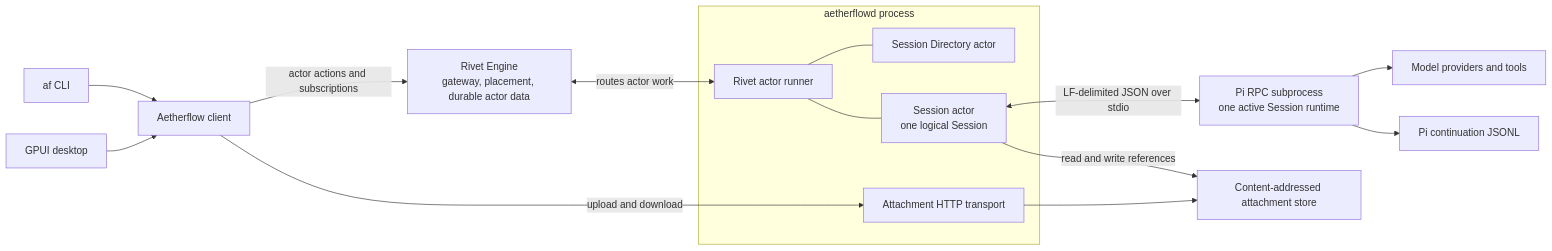
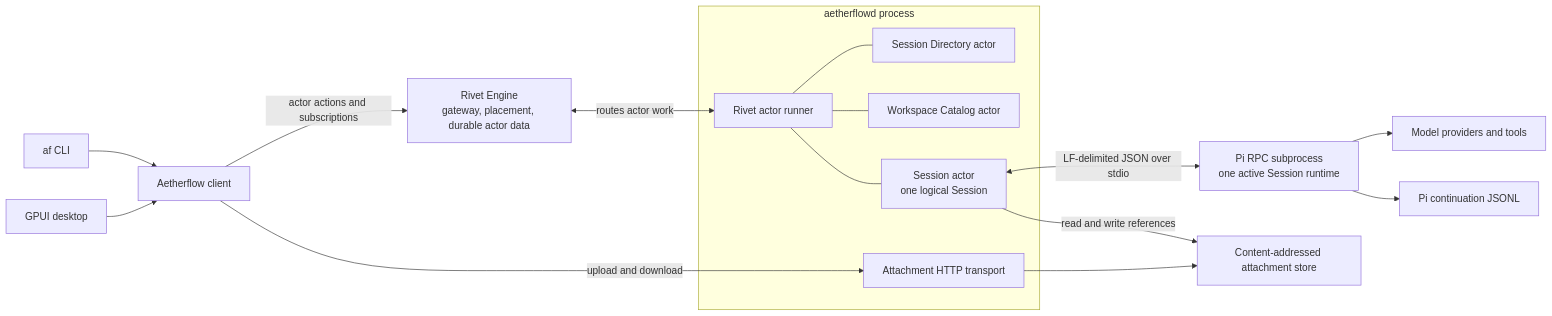
Before and after one commit to baiirun/aetherflow: the first of 2 diagrams in docs/architecture/README.md, drawn with Mermaid. The commit also changed other lines of this file and 26 other files, not shown here.

First line of the commit message:
feat(workspaces): add named multi-directory session contexts

````diff
--- a/docs/architecture/README.md
+++ b/docs/architecture/README.md
@@ -32,32 +35,34 @@
 ```mermaid
 flowchart LR
     Desktop["GPUI desktop"]
     CLI["af CLI"]
     Client["Aetherflow client"]
     Engine["Rivet Engine<br/>gateway, placement, durable actor data"]
 
     subgraph Daemon["aetherflowd process"]
         Runner["Rivet actor runner"]
-        Directory["Session Directory actor"]
+        SessionDirectory["Session Directory actor"]
+        WorkspaceCatalog["Workspace Catalog actor"]
         Session["Session actor<br/>one logical Session"]
         AttachmentHTTP["Attachment HTTP transport"]
     end
 
     Pi["Pi RPC subprocess<br/>one active Session runtime"]
     Provider["Model providers and tools"]
     PiFiles["Pi continuation JSONL"]
     AttachmentFiles["Content-addressed attachment store"]
 
     Desktop --> Client
     CLI --> Client
     Client -->|"actor actions and subscriptions"| Engine
     Engine <-->|"routes actor work"| Runner
-    Runner --- Directory
+    Runner --- SessionDirectory
+    Runner --- WorkspaceCatalog
     Runner --- Session
     Client -->|"upload and download"| AttachmentHTTP
     AttachmentHTTP --> AttachmentFiles
     Session -->|"read and write references"| AttachmentFiles
     Session <-->|"LF-delimited JSON over stdio"| Pi
     Pi --> Provider
     Pi --> PiFiles
 ```
````
